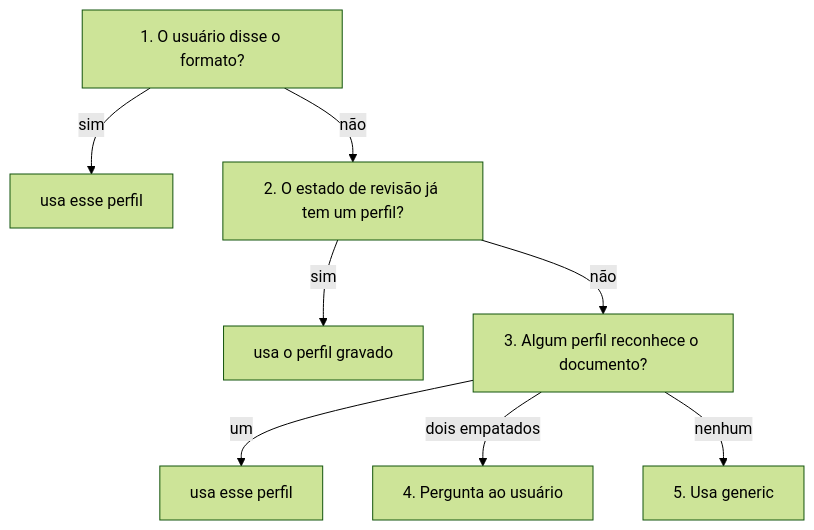
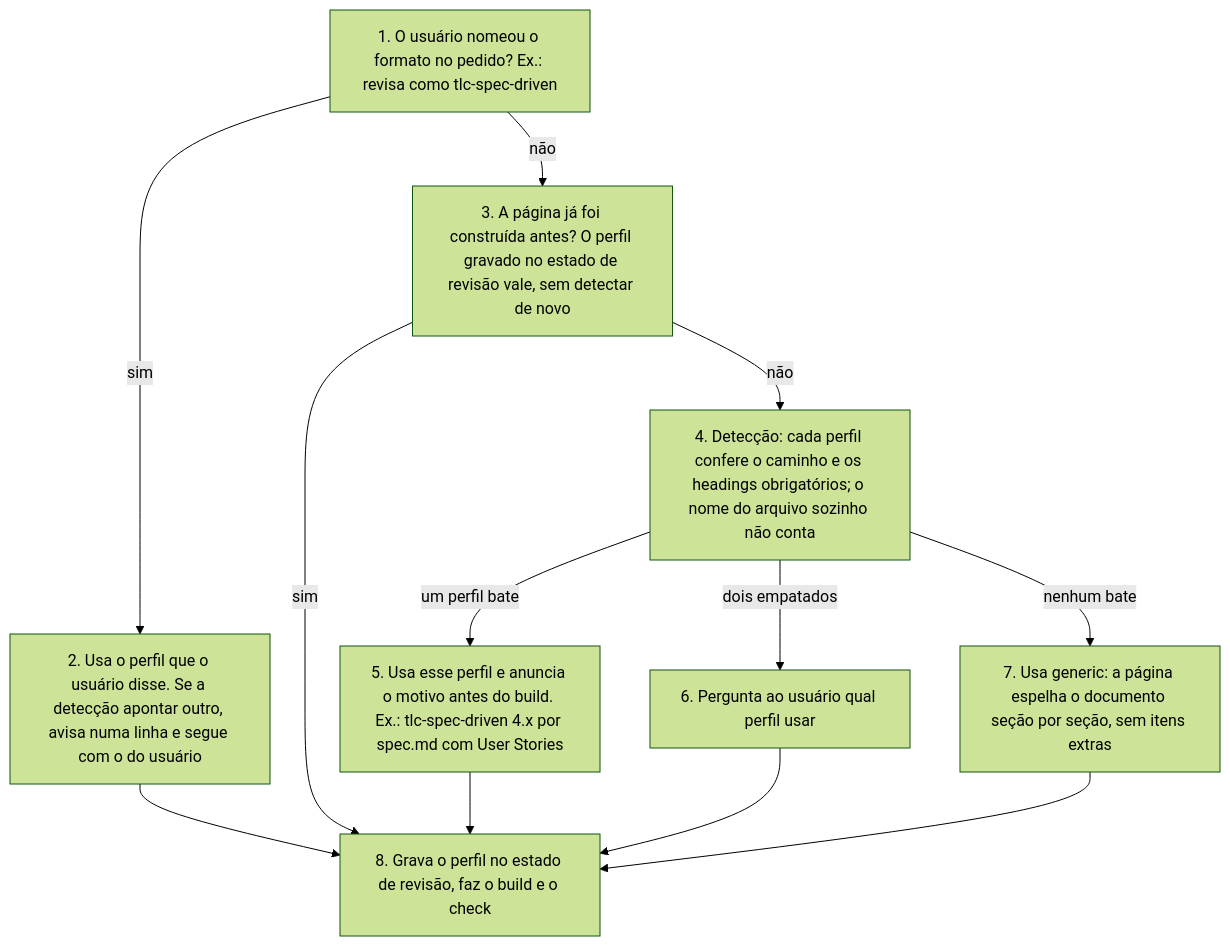
One commit to davilos/skills changed the first of 2 diagrams in docs/design/revisao-unificada.md. Above: the diagram before and after it, drawn with Mermaid (forest theme). The commit also changed 1 other file, not shown here.

Commit message:
docs(design): number every step of the format choice and say what each does

````diff
--- a/docs/design/revisao-unificada.md
+++ b/docs/design/revisao-unificada.md
@@ -27,10 +27,14 @@
 ```mermaid
 flowchart TD
-    A["1. O usuário disse o formato?"] -->|sim| P["usa esse perfil"]
-    A -->|não| B["2. O estado de revisão já tem um perfil?"]
-    B -->|sim| P2["usa o perfil gravado"]
-    B -->|não| C["3. Algum perfil reconhece o documento?"]
-    C -->|um| P3["usa esse perfil"]
-    C -->|dois empatados| Q["4. Pergunta ao usuário"]
-    C -->|nenhum| G["5. Usa generic"]
+    A["1. O usuário nomeou o formato no pedido? Ex.: revisa como tlc-spec-driven"] -->|sim| P["2. Usa o perfil que o usuário disse. Se a detecção apontar outro, avisa numa linha e segue com o do usuário"]
+    A -->|não| B["3. A página já foi construída antes? O perfil gravado no estado de revisão vale, sem detectar de novo"]
+    B -->|não| C["4. Detecção: cada perfil confere o caminho e os headings obrigatórios; o nome do arquivo sozinho não conta"]
+    C -->|um perfil bate| D["5. Usa esse perfil e anuncia o motivo antes do build. Ex.: tlc-spec-driven 4.x por spec.md com User Stories"]
+    C -->|dois empatados| E["6. Pergunta ao usuário qual perfil usar"]
+    C -->|nenhum bate| G["7. Usa generic: a página espelha o documento seção por seção, sem itens extras"]
+    P --> F["8. Grava o perfil no estado de revisão, faz o build e o check"]
+    B -->|sim| F
+    D --> F
+    E --> F
+    G --> F
 ```
````
